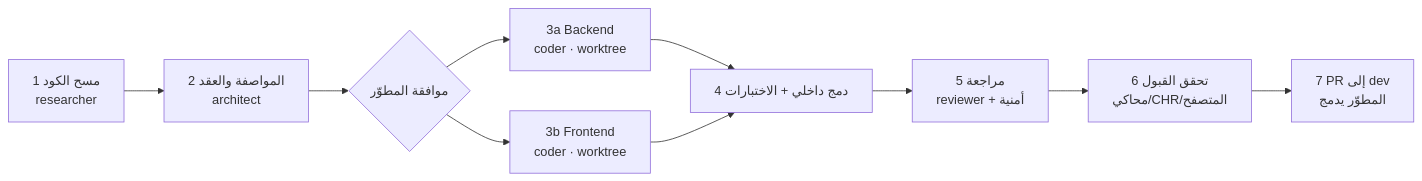
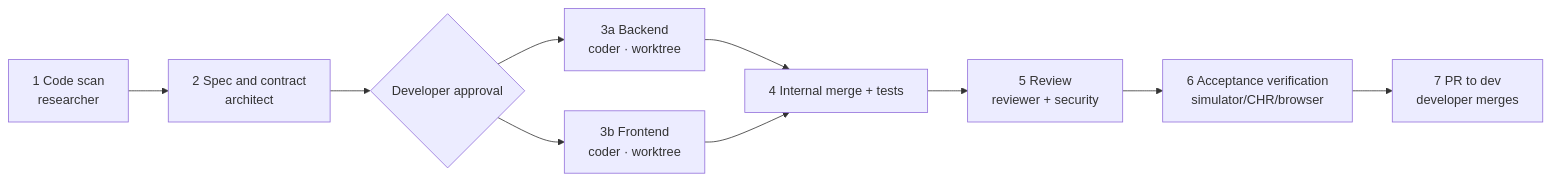
The second of 2 diagrams in DOCS/new plan/TaqatSpace-Dev-Plan.md (ahmaddev27/TAQATSPACE), drawn with Mermaid before and after one commit. The commit also changed other lines of this file and 10 other files, not shown here.

First line of the commit message:
docs: rewrite README for the roadmap phase and switch repo docs to English

````diff
--- a/DOCS/new plan/TaqatSpace-Dev-Plan.md
+++ b/DOCS/new plan/TaqatSpace-Dev-Plan.md
@@ -537,12 +537,12 @@
 ```mermaid
 flowchart LR
-  A[1 مسح الكود<br/>researcher] --> B[2 المواصفة والعقد<br/>architect]
-  B --> C{موافقة المطوّر}
+  A[1 Code scan<br/>researcher] --> B[2 Spec and contract<br/>architect]
+  B --> C{Developer approval}
   C --> D1[3a Backend<br/>coder · worktree]
   C --> D2[3b Frontend<br/>coder · worktree]
-  D1 --> E[4 دمج داخلي + الاختبارات]
+  D1 --> E[4 Internal merge + tests]
   D2 --> E
-  E --> F[5 مراجعة<br/>reviewer + أمنية]
-  F --> G[6 تحقق القبول<br/>محاكي/CHR/المتصفح]
-  G --> H[7 PR إلى dev<br/>المطوّر يدمج]
+  E --> F[5 Review<br/>reviewer + security]
+  F --> G[6 Acceptance verification<br/>simulator/CHR/browser]
+  G --> H[7 PR to dev<br/>developer merges]
 ```
````
